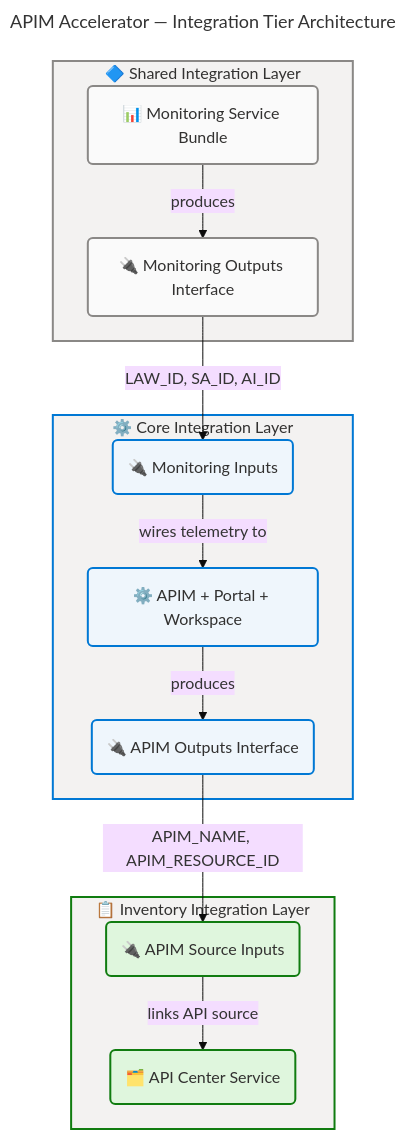
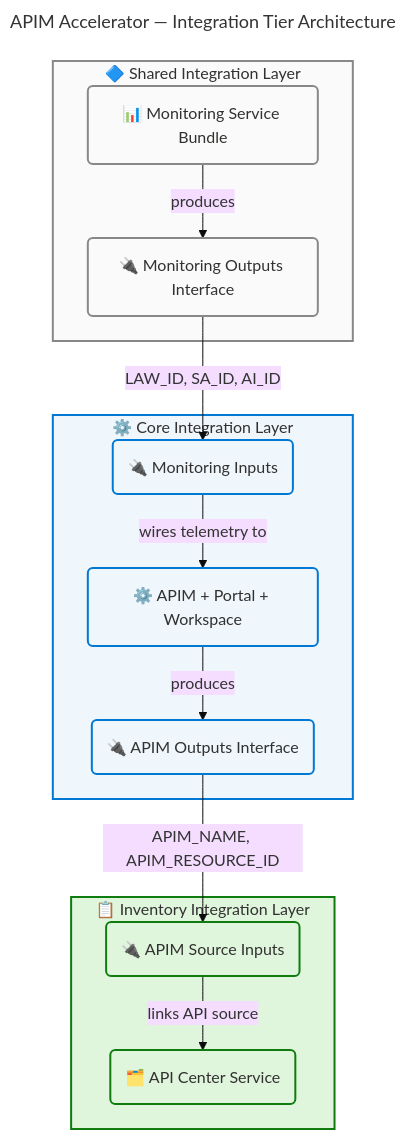
The third of 8 diagrams in docs/architecture/application-architecture.md (Evilazaro/APIM-Accelerator), drawn with Mermaid before and after one commit. The commit also changed other lines of this file, not shown here.

Commit message:
style: update flowchart colors for consistency and improved clarity in application architecture diagrams

````diff
--- a/docs/architecture/application-architecture.md
+++ b/docs/architecture/application-architecture.md
@@ -244,58 +244,58 @@
 ```mermaid
 ---
 title: "APIM Accelerator — Integration Tier Architecture"
 config:
   theme: base
   look: classic
   layout: dagre
   themeVariables:
     fontSize: '16px'
   flowchart:
     htmlLabels: true
 ---
 flowchart TB
     accTitle: APIM Accelerator Integration Tier Architecture
     accDescr: Three-tier integration architecture showing Shared monitoring layer Core API Management layer and Inventory layer with their interface connections and output chaining dependencies
 
     %% ═══════════════════════════════════════════════════════════════════════════
     %% AZURE / FLUENT ARCHITECTURE PATTERN v1.1
     %% (Semantic + Structural + Font + Accessibility Governance)
     %% ═══════════════════════════════════════════════════════════════════════════
     %% PHASE 1 - FLUENT UI: All styling uses approved Fluent UI palette only
     %% PHASE 2 - GROUPS: Every subgraph has semantic color via style directive
     %% PHASE 3 - COMPONENTS: Every node has semantic classDef + icon prefix
     %% PHASE 4 - ACCESSIBILITY: accTitle/accDescr present, WCAG AA contrast
     %% PHASE 5 - STANDARD: Governance block present, classDefs centralized
     %% ═══════════════════════════════════════════════════════════════════════════
 
     subgraph SHARED_INT["🔷 Shared Integration Layer"]
         SH_SVC("📊 Monitoring Service Bundle"):::neutral
         SH_OUT("🔌 Monitoring Outputs Interface"):::neutral
     end
 
     subgraph CORE_INT["⚙️ Core Integration Layer"]
         CO_IN("🔌 Monitoring Inputs"):::core
         CO_SVC("⚙️ APIM + Portal + Workspace"):::core
         CO_OUT("🔌 APIM Outputs Interface"):::core
     end
 
     subgraph INV_INT["📋 Inventory Integration Layer"]
         INV_IN("🔌 APIM Source Inputs"):::success
         INV_SVC("🗂️ API Center Service"):::success
     end
 
     SH_SVC -->|"produces"| SH_OUT
     SH_OUT -->|"LAW_ID, SA_ID, AI_ID"| CO_IN
     CO_IN -->|"wires telemetry to"| CO_SVC
     CO_SVC -->|"produces"| CO_OUT
     CO_OUT -->|"APIM_NAME, APIM_RESOURCE_ID"| INV_IN
     INV_IN -->|"links API source"| INV_SVC
 
     classDef neutral fill:#FAFAFA,stroke:#8A8886,stroke-width:2px,color:#323130
     classDef core fill:#EFF6FC,stroke:#0078D4,stroke-width:2px,color:#323130
     classDef success fill:#DFF6DD,stroke:#107C10,stroke-width:2px,color:#323130
 
-    style SHARED_INT fill:#F3F2F1,stroke:#8A8886,stroke-width:2px,color:#323130
-    style CORE_INT fill:#F3F2F1,stroke:#0078D4,stroke-width:2px,color:#323130
-    style INV_INT fill:#F3F2F1,stroke:#107C10,stroke-width:2px,color:#323130
+    style SHARED_INT fill:#FAFAFA,stroke:#8A8886,stroke-width:2px,color:#323130
+    style CORE_INT fill:#EFF6FC,stroke:#0078D4,stroke-width:2px,color:#323130
+    style INV_INT fill:#DFF6DD,stroke:#107C10,stroke-width:2px,color:#323130
 ```
````
